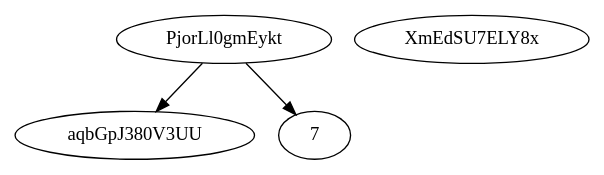
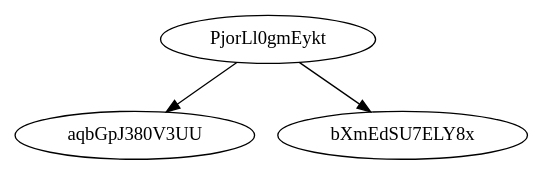
The diagram in content/graph.dot (EmaApps/banyan), drawn with Graphviz before and after one commit. The commit also changed 6 other files, not shown here.

```diff
--- a/content/graph.dot
+++ b/content/graph.dot
@@ -1,4 +1,4 @@
 digraph G {
     PjorLl0gmEykt -> aqbGpJ380V3UU;
-    PjorLl0gmEykt -> 7XmEdSU7ELY8x;
+    PjorLl0gmEykt -> bXmEdSU7ELY8x;
 }
```
